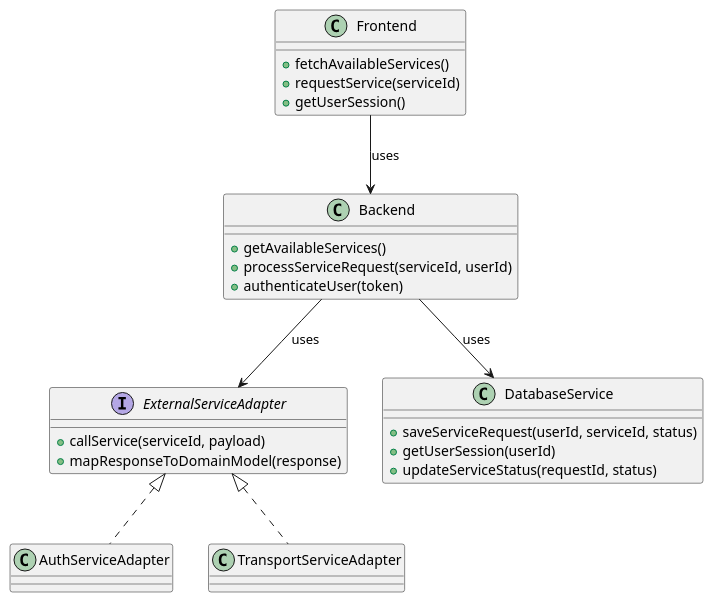
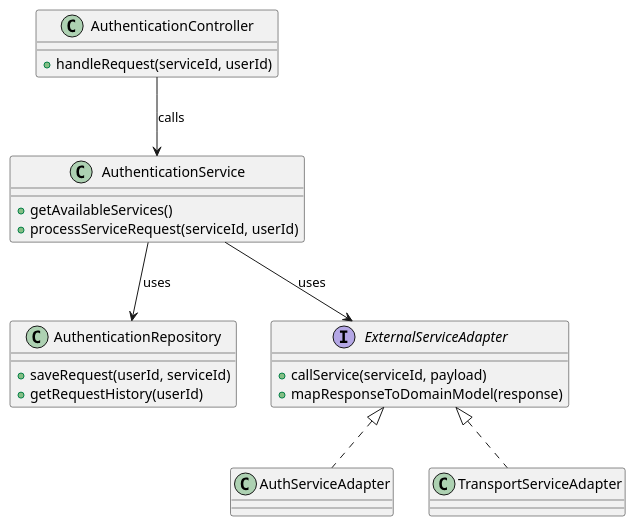
Before and after one commit to AIM-ENE-feb25/triptop-groep-3: the diagram in opdracht-diagrammen/Ontwerpvraag/Cas/Adapter Pattern.puml, drawn with PlantUML. The commit also changed 16 other files, not shown here.

```diff
--- a/opdracht-diagrammen/Ontwerpvraag/Cas/Adapter Pattern.puml
+++ b/opdracht-diagrammen/Ontwerpvraag/Cas/Adapter Pattern.puml
@@ -1,38 +1,34 @@
 @startuml
 
-
-
-class AuthServiceAdapter implements ExternalServiceAdapter {
+class AuthenticationController {
+    +handleRequest(serviceId, userId)
 }
 
-class TransportServiceAdapter implements ExternalServiceAdapter {
+class AuthenticationService {
+    +getAvailableServices()
+    +processServiceRequest(serviceId, userId)
+}
+
+class AuthenticationRepository {
+    +saveRequest(userId, serviceId)
+    +getRequestHistory(userId)
 }
 
 interface ExternalServiceAdapter {
     +callService(serviceId, payload)
     +mapResponseToDomainModel(response)
 }
 
-class Frontend {
-    +fetchAvailableServices()
-    +requestService(serviceId)
-    +getUserSession()
+class AuthServiceAdapter  {
 }
 
-class Backend {
-    +getAvailableServices()
-    +processServiceRequest(serviceId, userId)
-    +authenticateUser(token)
+class TransportServiceAdapter  {
 }
 
-class DatabaseService {
-    +saveServiceRequest(userId, serviceId, status)
-    +getUserSession(userId)
-    +updateServiceStatus(requestId, status)
-}
-
-Frontend --> Backend : uses
-Backend --> ExternalServiceAdapter : uses
-Backend --> DatabaseService : uses
+AuthenticationController --> AuthenticationService : "calls"
+AuthenticationService --> AuthenticationRepository : "uses"
+AuthenticationService --> ExternalServiceAdapter : "uses"
+ExternalServiceAdapter <|.. AuthServiceAdapter
+ExternalServiceAdapter <|.. TransportServiceAdapter
 
 @enduml
```
